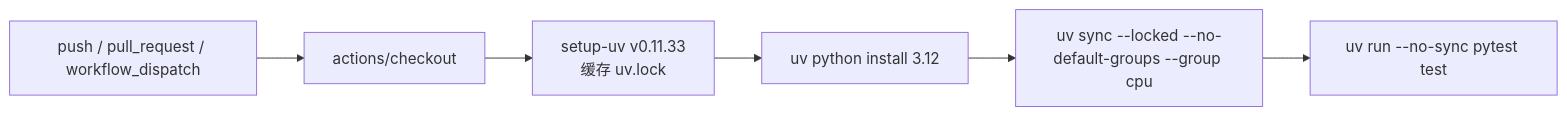
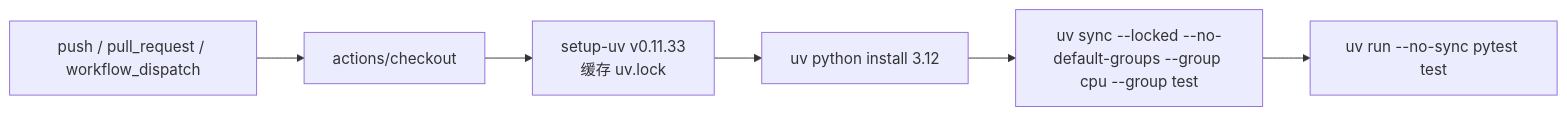
The second of 2 diagrams in doc/wiki/zh/developer/tests-and-code-quality.md (hgmzhn/manga-translator-ui), drawn with Mermaid before and after one commit. The commit also changed other lines of this file and 21 other files, not shown here.

````diff
--- a/doc/wiki/zh/developer/tests-and-code-quality.md
+++ b/doc/wiki/zh/developer/tests-and-code-quality.md
@@ -99,8 +99,8 @@
 ```mermaid
 flowchart LR
     A["push / pull_request / workflow_dispatch"] --> B["actions/checkout"]
     B --> C["setup-uv v0.11.33\n缓存 uv.lock"]
     C --> D["uv python install 3.12"]
-    D --> E["uv sync --locked --no-default-groups --group cpu"]
+    D --> E["uv sync --locked --no-default-groups --group cpu --group test"]
     E --> F["uv run --no-sync pytest test"]
 ```
````
